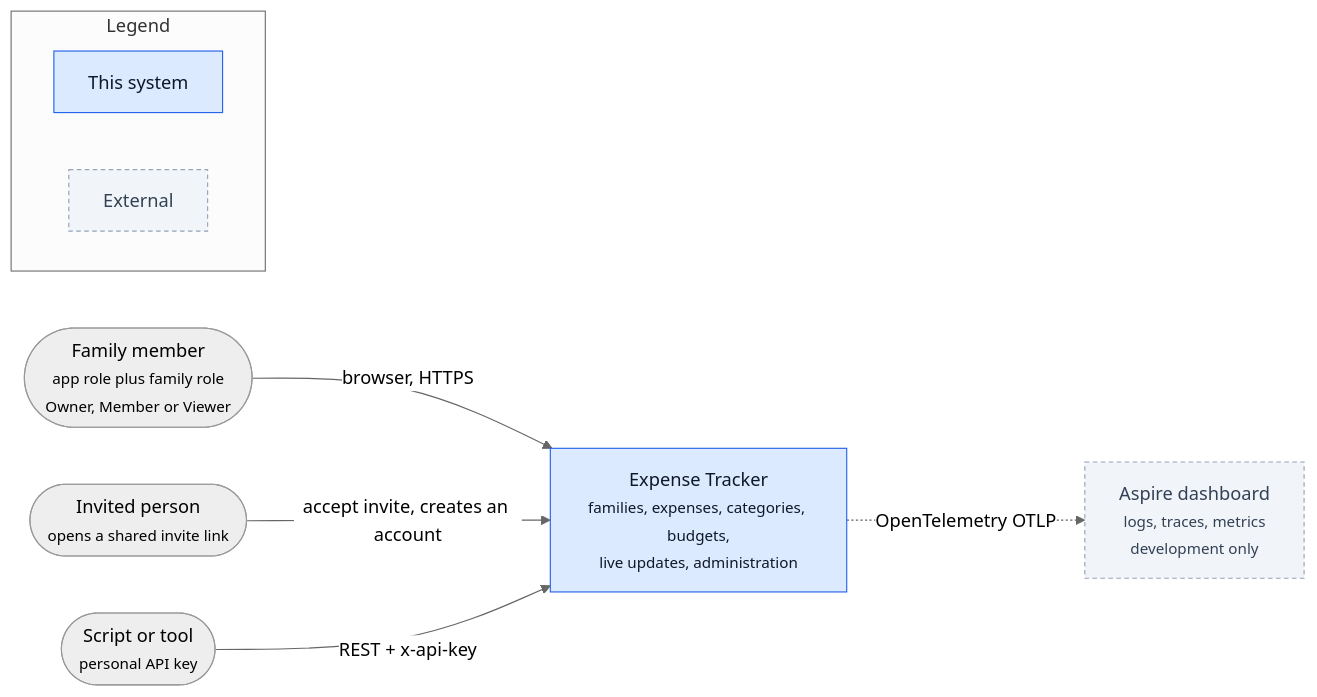
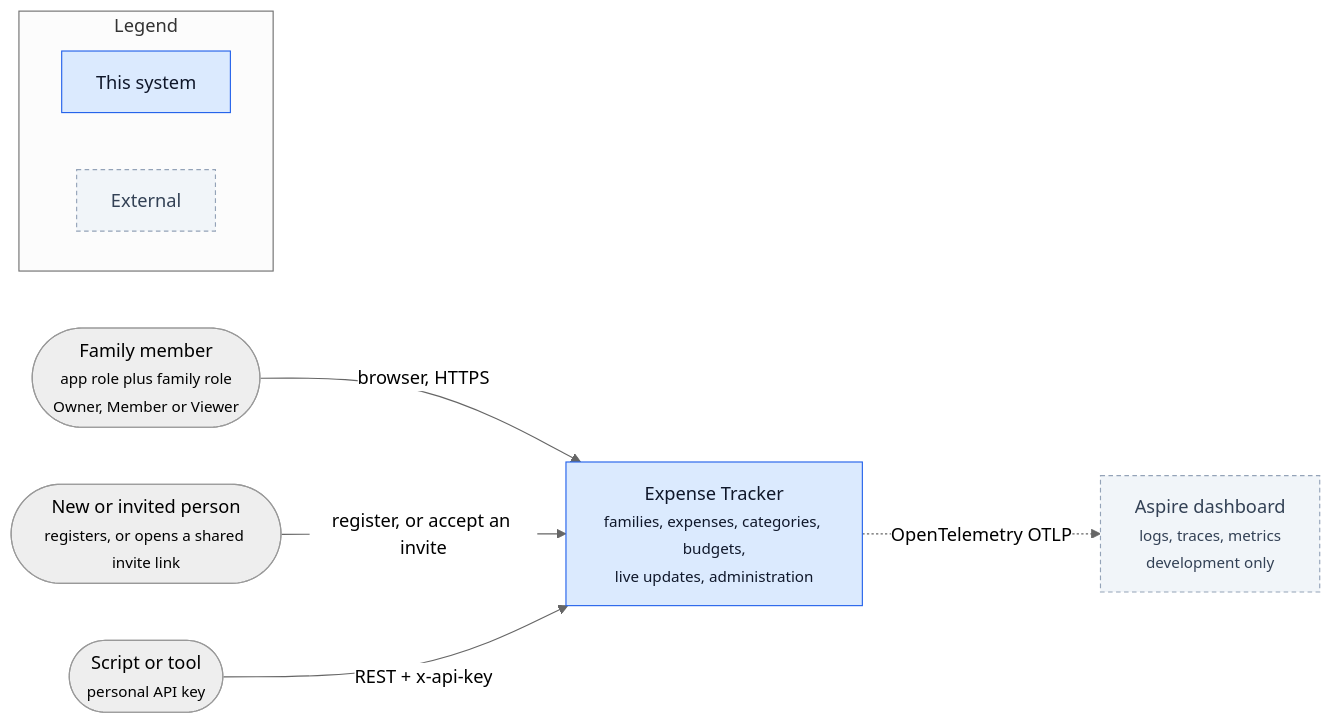
The diagram in docs/diagrams/context.mmd (sushovan-code/Expense-Tracker), drawn with Mermaid (neutral theme) before and after one commit. The commit also changed 62 other files, not shown here.

```diff
--- a/docs/diagrams/context.mmd
+++ b/docs/diagrams/context.mmd
@@ -1,22 +1,22 @@
 %% System context. Claude rewrites this from the code via /update-diagrams.
 %% Accent (#2563EB) marks this system; grey is everything else.
 flowchart LR
   classDef ours fill:#DBEAFE,stroke:#2563EB,color:#0F172A
   classDef ext fill:#F1F5F9,stroke:#94A3B8,color:#334155,stroke-dasharray:4 3
 
   member([Family member<br/><small>app role plus family role<br/>Owner, Member or Viewer</small>])
-  invitee([Invited person<br/><small>opens a shared invite link</small>])
+  invitee([New or invited person<br/><small>registers, or opens a shared invite link</small>])
   script([Script or tool<br/><small>personal API key</small>])
   system[Expense Tracker<br/><small>families, expenses, categories, budgets,<br/>live updates, administration</small>]:::ours
   dashboard[Aspire dashboard<br/><small>logs, traces, metrics<br/>development only</small>]:::ext
 
   member -->|browser, HTTPS| system
-  invitee -->|accept invite, creates an account| system
+  invitee -->|register, or accept an invite| system
   script -->|REST + x-api-key| system
   system -. OpenTelemetry OTLP .-> dashboard
 
   subgraph Legend
     direction LR
     l1[This system]:::ours
     l2[External]:::ext
   end
```
